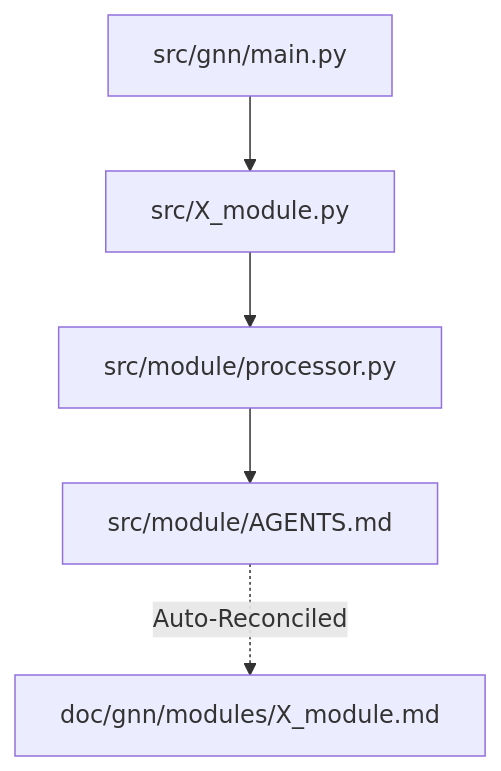
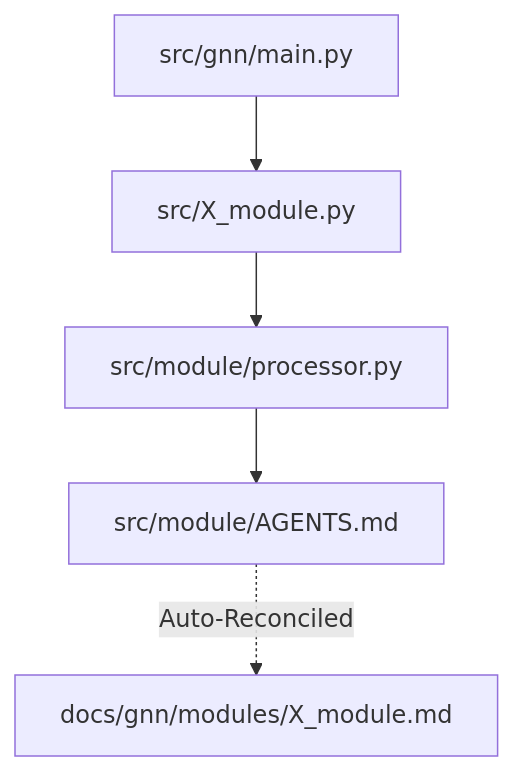
Before and after one commit to ActiveInferenceInstitute/GeneralizedNotationNotation: the diagram in docs/gnn/modules/README.md, drawn with Mermaid. The commit also changed other lines of this file and 382 other files, not shown here.

````diff
--- a/docs/gnn/modules/README.md
+++ b/docs/gnn/modules/README.md
@@ -19,7 +19,7 @@
 ```mermaid
 graph TD
     Main[src/gnn/main.py] --> StepX[src/X_module.py]
     StepX --> API[src/module/processor.py]
     API --> Tools[src/module/AGENTS.md]
-    Tools -.->|Auto-Reconciled| Docs[doc/gnn/modules/X_module.md]
+    Tools -.->|Auto-Reconciled| Docs[docs/gnn/modules/X_module.md]
 ```
````
